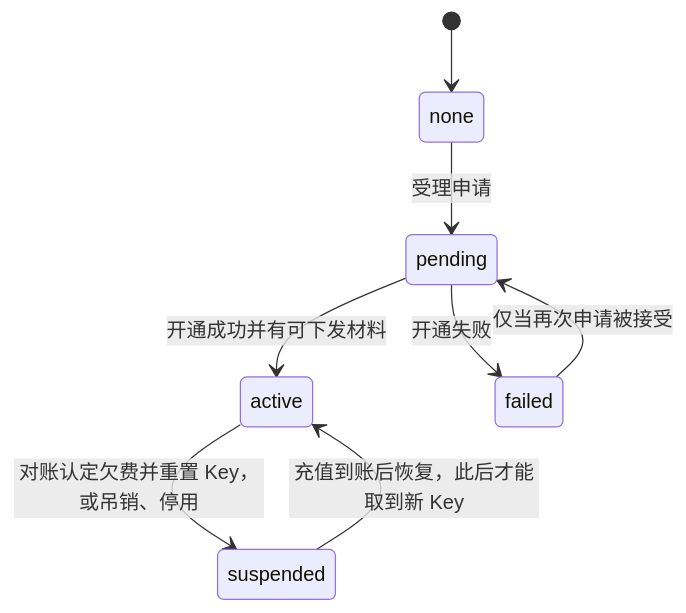
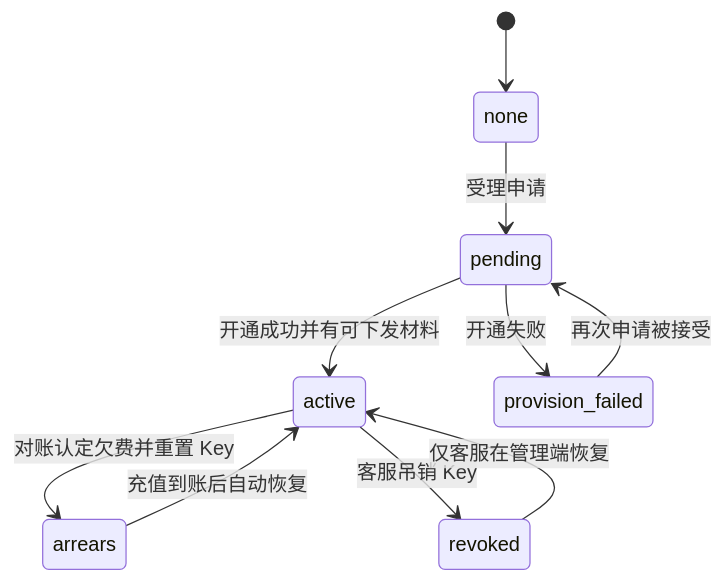
The second of 4 diagrams in docs/design/US-PK-token-gateway-接口与管理端.md (Pedro-MAFS/ftcs), drawn with Mermaid before and after one commit. The commit also changed other lines of this file and 4 other files, not shown here.

````diff
--- a/docs/design/US-PK-token-gateway-接口与管理端.md
+++ b/docs/design/US-PK-token-gateway-接口与管理端.md
@@ -70,10 +70,12 @@
 ```mermaid
 stateDiagram-v2
   [*] --> none
   none --> pending: 受理申请
   pending --> active: 开通成功并有可下发材料
-  pending --> failed: 开通失败
-  active --> suspended: 对账认定欠费并重置 Key，或吊销、停用
-  failed --> pending: 仅当再次申请被接受
-  suspended --> active: 充值到账后恢复，此后才能取到新 Key
+  pending --> provision_failed: 开通失败
+  provision_failed --> pending: 再次申请被接受
+  active --> arrears: 对账认定欠费并重置 Key
+  arrears --> active: 充值到账后自动恢复
+  active --> revoked: 客服吊销 Key
+  revoked --> active: 仅客服在管理端恢复
 ```
````
